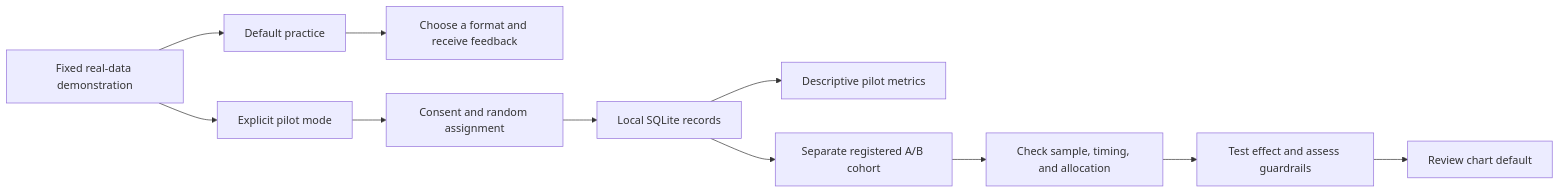
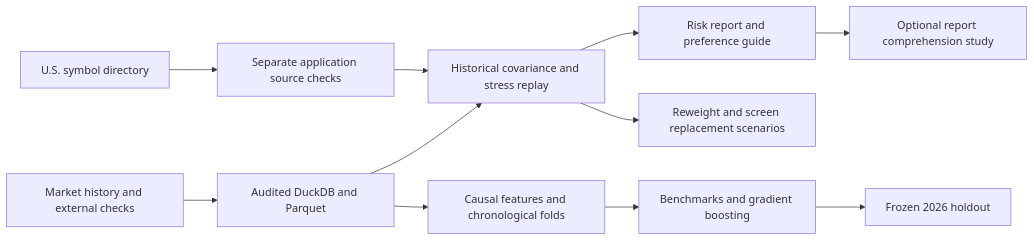
One commit to alisaayz/portfolio-risk changed the diagram in README.md. Above: the diagram before and after it, drawn with Mermaid. The commit also changed other lines of this file and 10 other files, not shown here.

Commit message:
Package the portfolio risk project and facilitator guide

````diff
--- a/README.md
+++ b/README.md
@@ -113,13 +29,13 @@
 ```mermaid
 flowchart LR
-    A[Fixed real-data demonstration] --> B[Default practice]
-    A --> C[Explicit pilot mode]
-    B --> D[Choose a format and receive feedback]
-    C --> E[Consent and random assignment]
-    E --> F[Local SQLite records]
-    F --> G[Descriptive pilot metrics]
-    F --> H[Separate registered A/B cohort]
-    H --> I[Check sample, timing, and allocation]
-    I --> J[Test effect and assess guardrails]
-    J --> K[Review chart default]
+    A[Market history and external checks] --> B[Audited DuckDB and Parquet]
+    C[U.S. symbol directory] --> D[Separate application source checks]
+    B --> E[Historical covariance and stress replay]
+    D --> E
+    E --> F[Risk report and preference guide]
+    E --> G[Reweight and screen replacement scenarios]
+    B --> H[Causal features and chronological folds]
+    H --> I[Benchmarks and gradient boosting]
+    I --> J[Frozen 2026 holdout]
+    F --> K[Optional report comprehension study]
 ```
````
